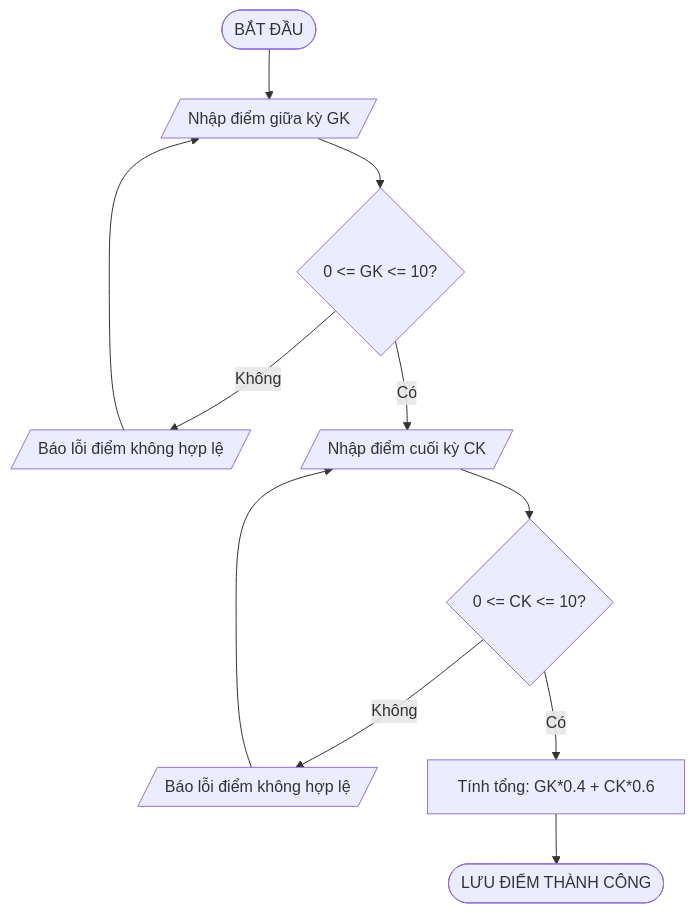
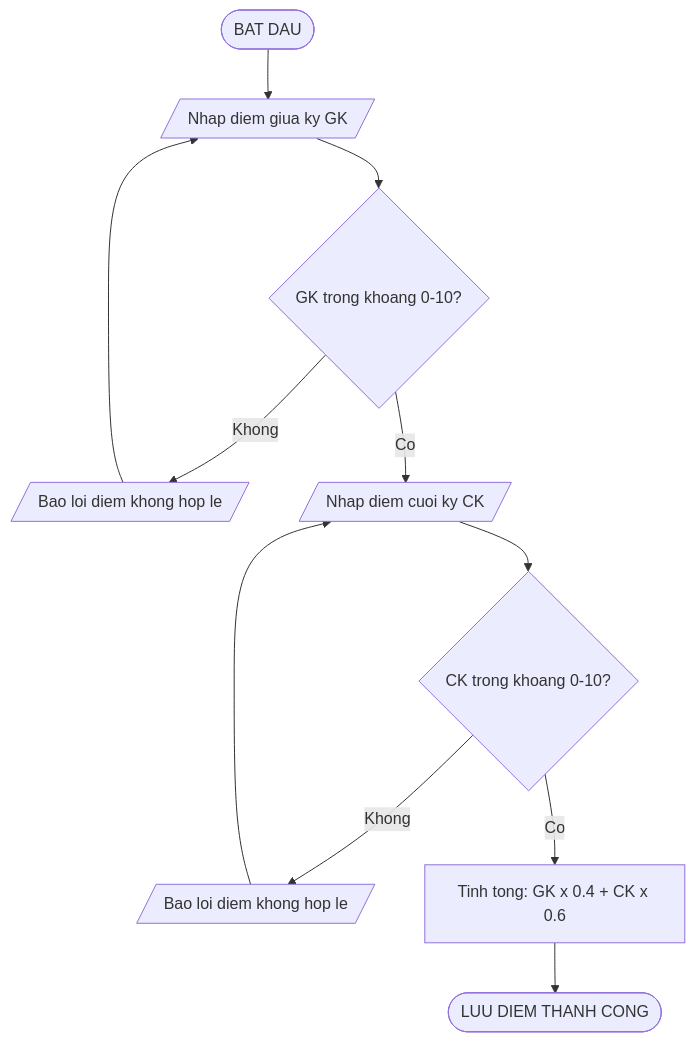
One commit to phucphuc2006/pro-192 changed the ninth of 20 diagrams in docs/Flowcharts/Flowcharts.md. Above: the diagram before and after it, drawn with Mermaid. The commit also changed other lines of this file, not shown here.

Commit message:
Fix Mermaid syntax for GitHub compatibility

````diff
--- a/docs/Flowcharts/Flowcharts.md
+++ b/docs/Flowcharts/Flowcharts.md
@@ -160,13 +160,13 @@
 ```mermaid
 flowchart TD
-    A([BẮT ĐẦU]) --> B[/Nhập điểm giữa kỳ GK/]
-    B --> C{0 <= GK <= 10?}
-    C -->|Không| D[/Báo lỗi điểm không hợp lệ/]
+    A([BAT DAU]) --> B[/Nhap diem giua ky GK/]
+    B --> C{GK trong khoang 0-10?}
+    C -->|Khong| D[/Bao loi diem khong hop le/]
     D --> B
-    C -->|Có| E[/Nhập điểm cuối kỳ CK/]
-    E --> F{0 <= CK <= 10?}
-    F -->|Không| G[/Báo lỗi điểm không hợp lệ/]
+    C -->|Co| E[/Nhap diem cuoi ky CK/]
+    E --> F{CK trong khoang 0-10?}
+    F -->|Khong| G[/Bao loi diem khong hop le/]
     G --> E
-    F -->|Có| H["Tính tổng: GK*0.4 + CK*0.6"]
-    H --> I([LƯU ĐIỂM THÀNH CÔNG])
+    F -->|Co| H[Tinh tong: GK x 0.4 + CK x 0.6]
+    H --> I([LUU DIEM THANH CONG])
 ```
````
